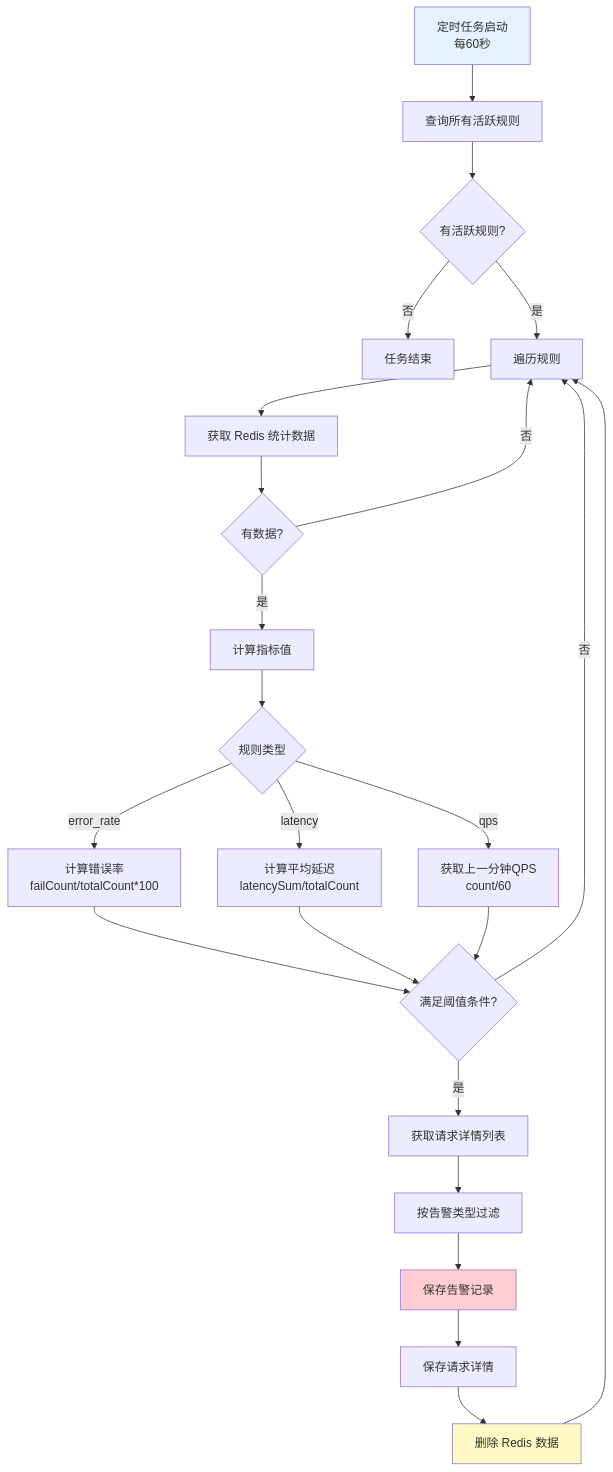
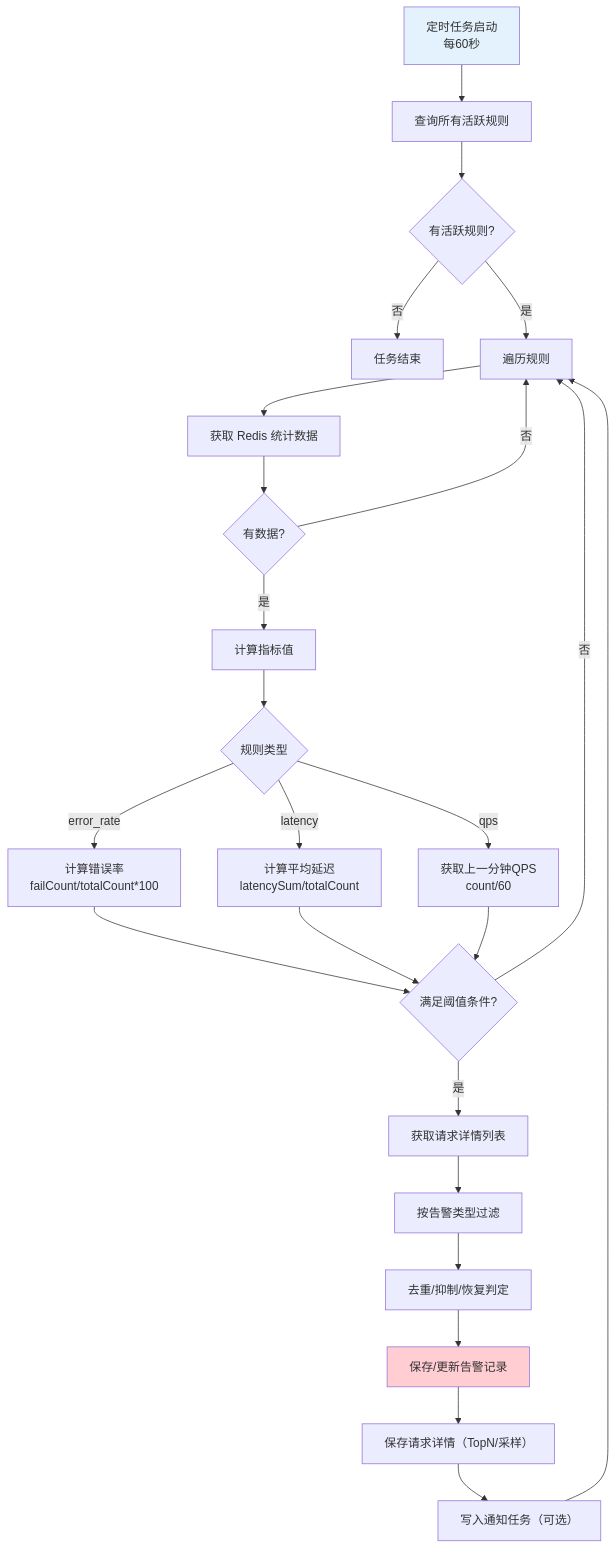
Before and after one commit to DevYangJC/intelli_hub: the fourth of 10 diagrams in docs/告警系统流程说明书.md, drawn with Mermaid. The commit also changed other lines of this file and 59 other files, not shown here.

````diff
--- a/docs/告警系统流程说明书.md
+++ b/docs/告警系统流程说明书.md
@@ -158,33 +175,34 @@
 ```mermaid
 flowchart TD
     A[定时任务启动<br/>每60秒] --> B[查询所有活跃规则]
     B --> C{有活跃规则?}
     C -->|否| END[任务结束]
     C -->|是| D[遍历规则]
     
     D --> E[获取 Redis 统计数据]
     E --> F{有数据?}
     F -->|否| D
     F -->|是| G[计算指标值]
     
     G --> H{规则类型}
     H -->|error_rate| I[计算错误率<br/>failCount/totalCount*100]
     H -->|latency| J[计算平均延迟<br/>latencySum/totalCount]
     H -->|qps| K[获取上一分钟QPS<br/>count/60]
     
     I --> L{满足阈值条件?}
     J --> L
     K --> L
     
     L -->|否| D
     L -->|是| M[获取请求详情列表]
     M --> N[按告警类型过滤]
-    N --> O[保存告警记录]
-    O --> P[保存请求详情]
-    P --> Q[删除 Redis 数据]
-    Q --> D
+    N --> O[去重/抑制/恢复判定]
+    O --> P[保存/更新告警记录]
+    P --> Q[保存请求详情（TopN/采样）]
+    Q --> R[写入通知任务（可选）]
+    R --> D
+    
     
     style A fill:#e3f2fd
-    style O fill:#ffcdd2
-    style Q fill:#fff9c4
+    style P fill:#ffcdd2
 ```
````
